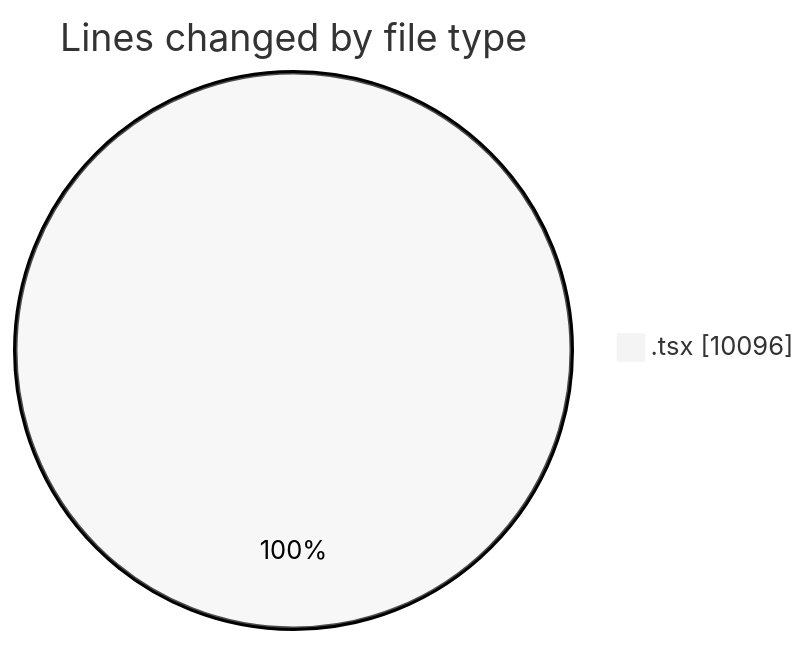
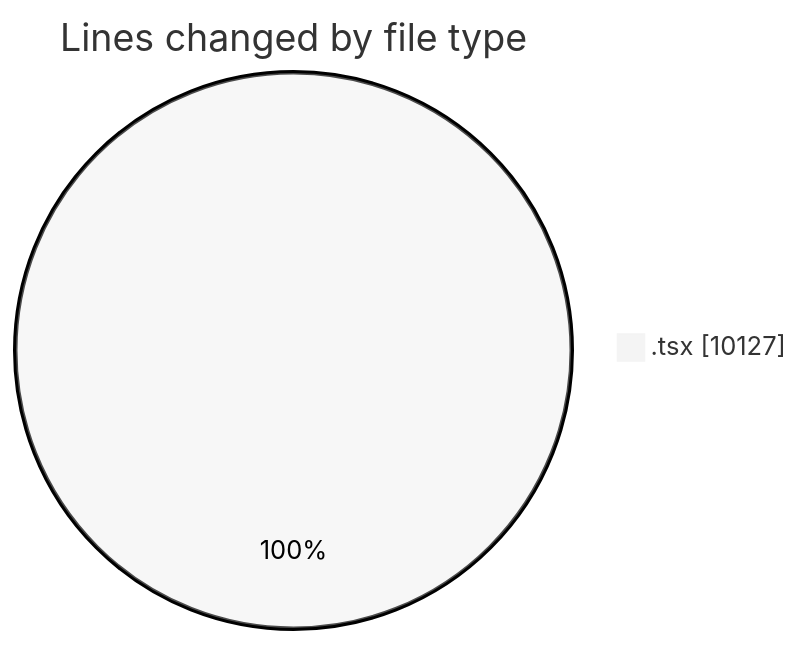
Before and after one commit to momahboobian/code-tracking: the first of 2 diagrams in 2025-12-04/cda/README.md, drawn with Mermaid (neutral theme). The commit also changed other lines of this file and 1 other file, not shown here.

````diff
--- a/2025-12-04/cda/README.md
+++ b/2025-12-04/cda/README.md
@@ -29,5 +29,5 @@
 ```mermaid
 pie showData
 title Lines changed by file type
-".tsx" : 10096
+".tsx" : 10127
 ```
````
